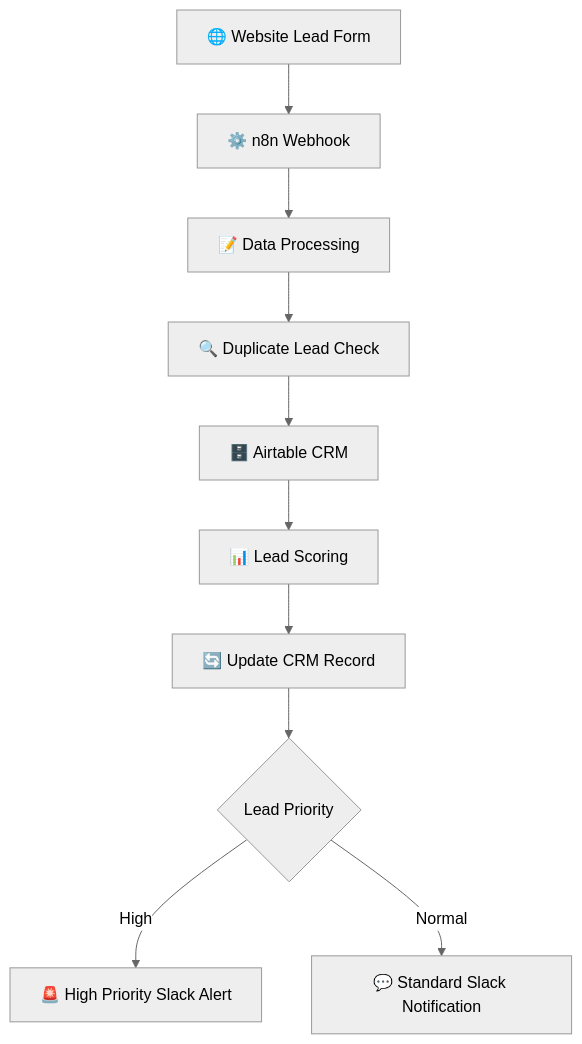
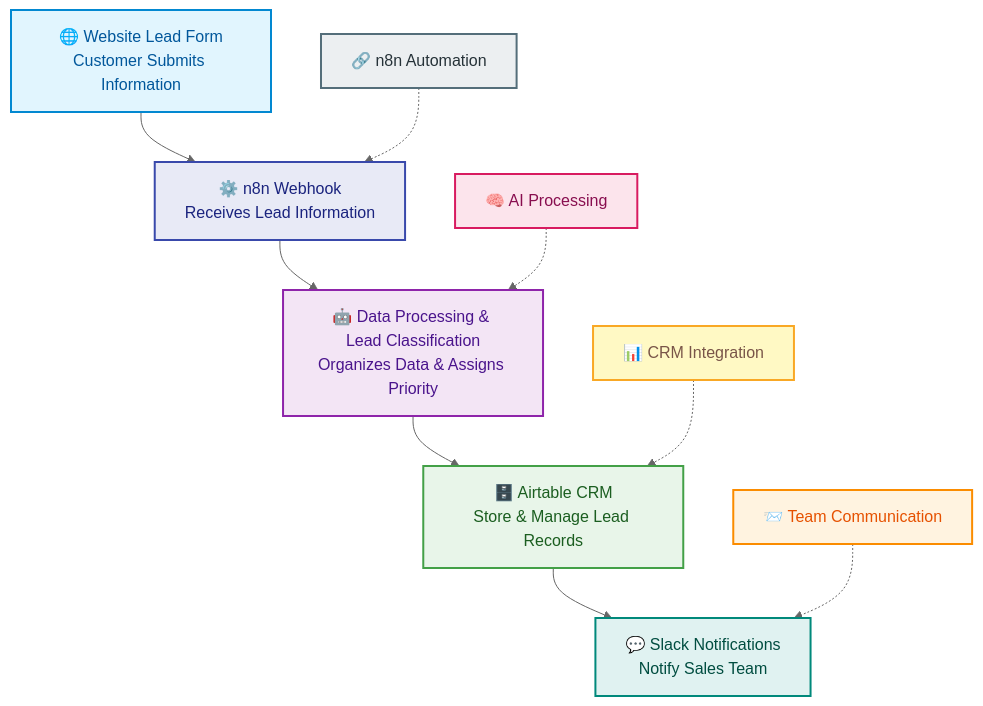
The diagram in README.md (syedaliabbashamdani/ai-lead-management-crm), drawn with Mermaid (neutral theme) before and after one commit.

````diff
--- a/README.md
+++ b/README.md
@@ -47,23 +47,28 @@
-```mermaid
+```mermaid id="air582"
 flowchart TD
-    A["🌐 Website Lead Form"]
-    B["⚙️ n8n Webhook"]
-    C["📝 Data Processing"]
-    D["🔍 Duplicate Lead Check"]
-    E["🗄️ Airtable CRM"]
-    F["📊 Lead Scoring"]
-    G["🔄 Update CRM Record"]
-    H{"Lead Priority"}
-    I["🚨 High Priority Slack Alert"]
-    J["💬 Standard Slack Notification"]
+    A["🌐 Website Lead Form<br/>Customer Submits Information"]
+    B["⚙️ n8n Webhook<br/>Receives Lead Information"]
+    C["🤖 Data Processing & Lead Classification<br/>Organizes Data & Assigns Priority"]
+    D["🗄️ Airtable CRM<br/>Store & Manage Lead Records"]
+    E["💬 Slack Notifications<br/>Notify Sales Team"]
 
     A --> B
     B --> C
     C --> D
     D --> E
-    E --> F
-    F --> G
-    G --> H
-    H -->|High| I
-    H -->|Normal| J
+
+    F["🔗 n8n Automation"] -.-> B
+    G["🧠 AI Processing"] -.-> C
+    H["📊 CRM Integration"] -.-> D
+    I["📨 Team Communication"] -.-> E
+
+    style A fill:#E1F5FE,stroke:#0288D1,stroke-width:2px,color:#01579B
+    style B fill:#E8EAF6,stroke:#3949AB,stroke-width:2px,color:#1A237E
+    style C fill:#F3E5F5,stroke:#8E24AA,stroke-width:2px,color:#4A148C
+    style D fill:#E8F5E9,stroke:#43A047,stroke-width:2px,color:#1B5E20
+    style E fill:#E0F2F1,stroke:#00897B,stroke-width:2px,color:#004D40
+    style F fill:#ECEFF1,stroke:#546E7A,stroke-width:2px,color:#263238
+    style G fill:#FCE4EC,stroke:#D81B60,stroke-width:2px,color:#880E4F
+    style H fill:#FFF9C4,stroke:#F9A825,stroke-width:2px,color:#795548
+    style I fill:#FFF3E0,stroke:#FB8C00,stroke-width:2px,color:#E65100
 ```
````
